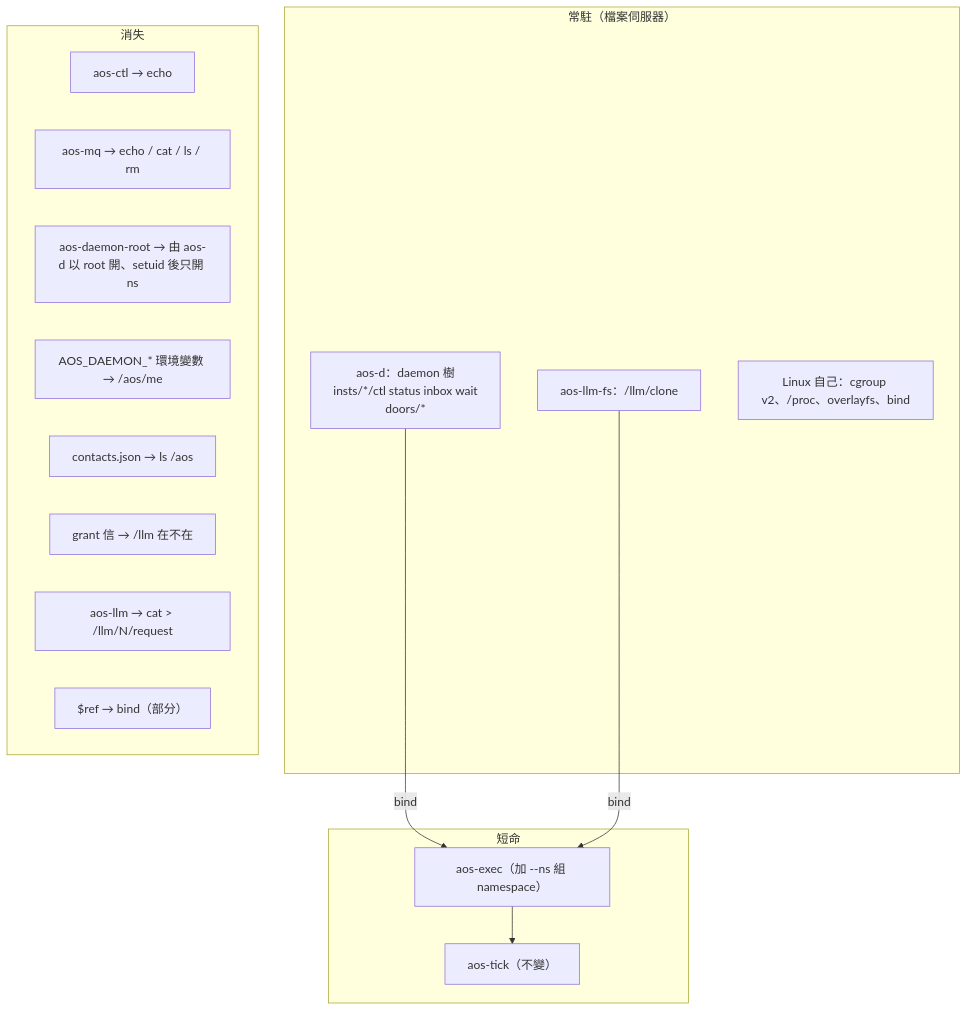
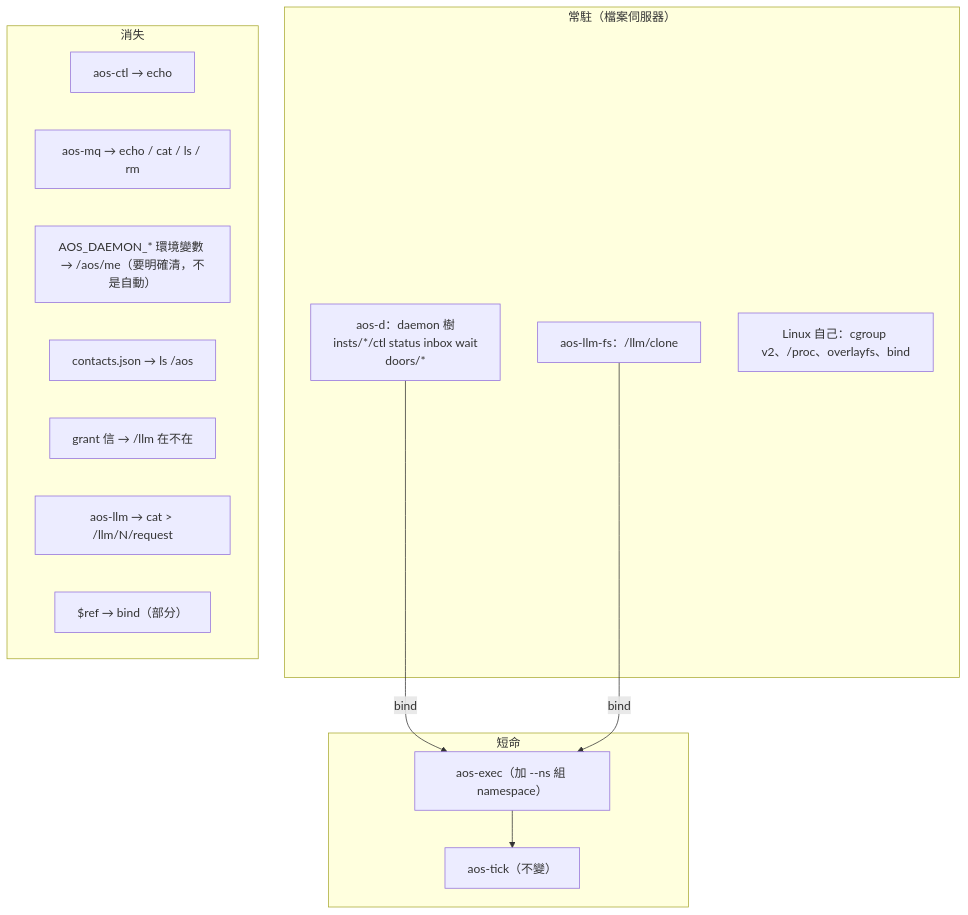
The diagram in proto6/notes/proposals/2026-10-02-plan9/07-推到極限與代價.md (justty32/aos), drawn with Mermaid before and after one commit. The commit also changed other lines of this file and 9 other files, not shown here.

````diff
--- a/proto6/notes/proposals/2026-10-02-plan9/07-推到極限與代價.md
+++ b/proto6/notes/proposals/2026-10-02-plan9/07-推到極限與代價.md
@@ -7,25 +7,24 @@
 ```mermaid
 flowchart TB
   subgraph S1["常駐（檔案伺服器）"]
     D["aos-d：daemon 樹<br/>insts/*/ctl status inbox wait<br/>doors/*"]
     L["aos-llm-fs：/llm/clone"]
     N["Linux 自己：cgroup v2、/proc、overlayfs、bind"]
   end
   subgraph S2["短命"]
     X["aos-exec（加 --ns 組 namespace）"]
     T["aos-tick（不變）"]
   end
   subgraph S3["消失"]
     C1["aos-ctl → echo"]
     C2["aos-mq → echo / cat / ls / rm"]
-    C3["aos-daemon-root → 由 aos-d 以 root 開、setuid 後只開 ns"]
-    C4["AOS_DAEMON_* 環境變數 → /aos/me"]
+    C4["AOS_DAEMON_* 環境變數 → /aos/me（要明確清，不是自動）"]
     C5["contacts.json → ls /aos"]
     C6["grant 信 → /llm 在不在"]
     C7["aos-llm → cat > /llm/N/request"]
     C8["$ref → bind（部分）"]
   end
   D -->|bind| X
   L -->|bind| X
   X --> T
 ```
````
